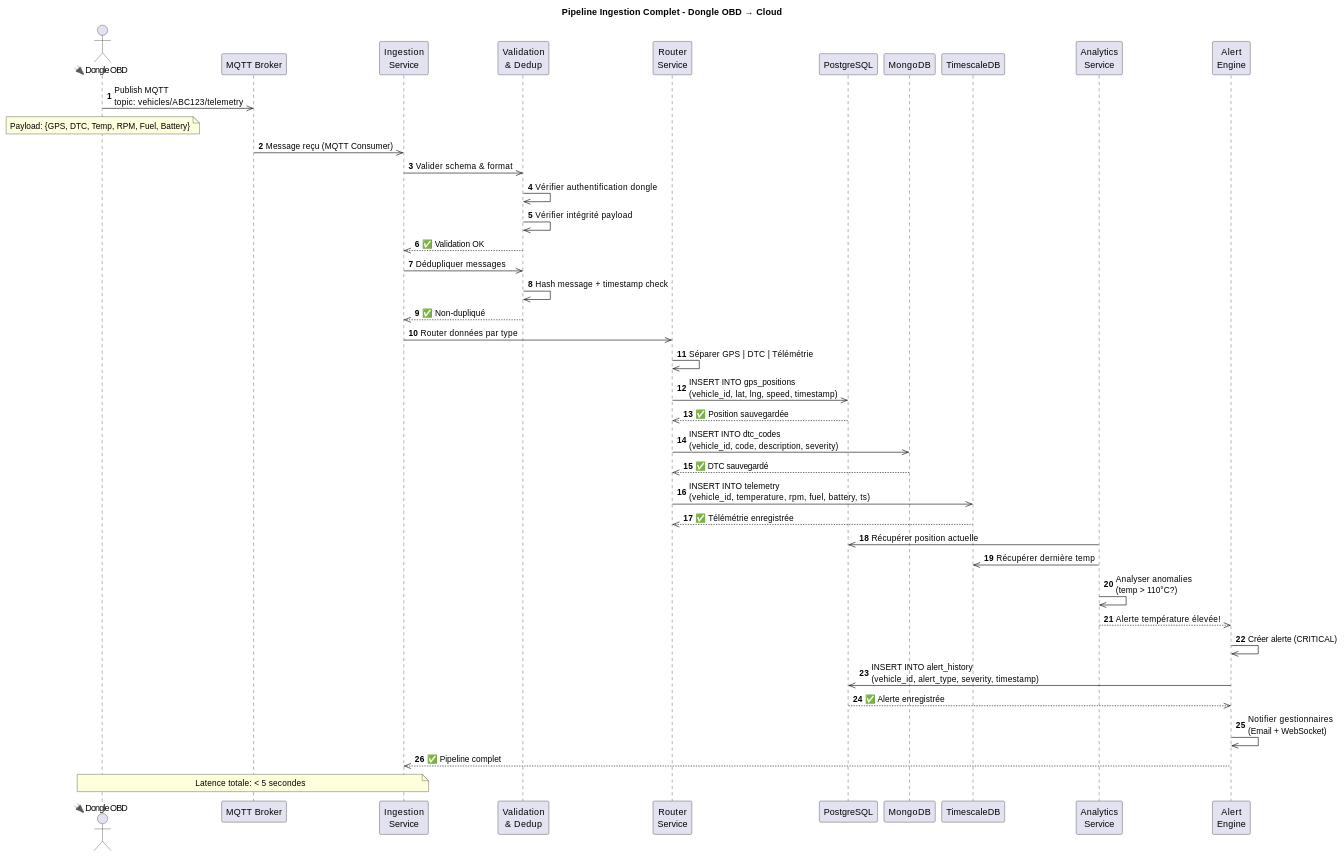
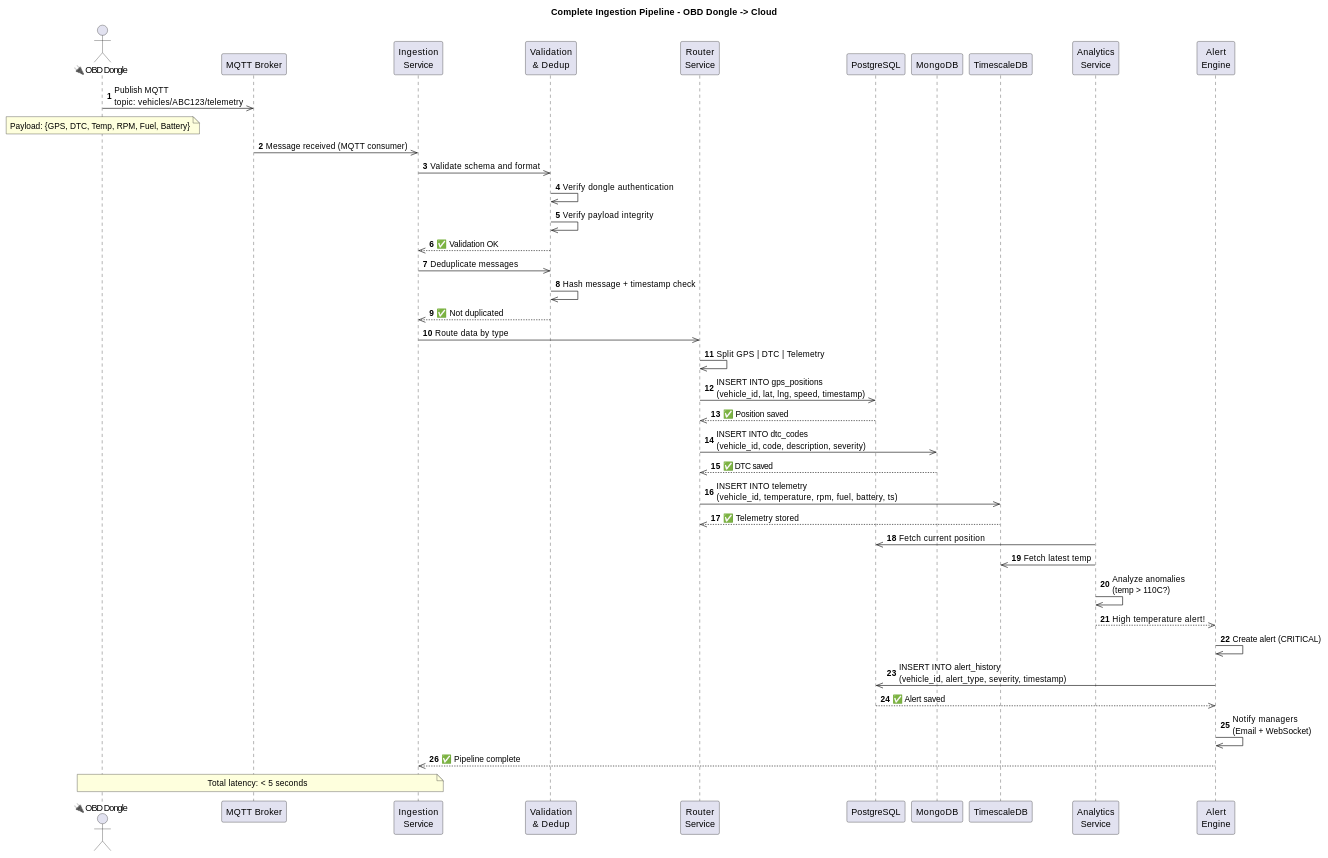
One commit to imenmallouli/deploy changed the fourth of 7 diagrams in docs/design_auto_diagnostic_platform.md. Above: the diagram before and after it, drawn with PlantUML. The commit also changed other lines of this file and 2 other files, not shown here.

````diff
--- a/docs/design_auto_diagnostic_platform.md
+++ b/docs/design_auto_diagnostic_platform.md
@@ -1692,58 +1692,58 @@
 ```plantuml
 @startuml Sequence_Dongle_Ingestion_Pipeline
-title Pipeline Ingestion Complet - Dongle OBD → Cloud
+title Complete Ingestion Pipeline - OBD Dongle -> Cloud
 
-actor Dongle as "🔌 Dongle OBD"
+actor Dongle as "🔌 OBD Dongle"
 participant "MQTT Broker" as MQTT
 participant "Ingestion\nService" as Ingestion
 participant "Validation\n& Dedup" as Validation
 participant "Router\nService" as Router
 participant "PostgreSQL" as DB_SQL
 participant "MongoDB" as DB_NoSQL
 participant "TimescaleDB" as DB_TS
 participant "Analytics\nService" as Analytics
 participant "Alert\nEngine" as Alerts
 
 autonumber
 
 Dongle ->> MQTT: Publish MQTT\ntopic: vehicles/ABC123/telemetry
 note over Dongle: Payload: {GPS, DTC, Temp, RPM, Fuel, Battery}
 
-MQTT ->> Ingestion: Message reçu (MQTT Consumer)
-Ingestion ->> Validation: Valider schema & format
-Validation ->> Validation: Vérifier authentification dongle
-Validation ->> Validation: Vérifier intégrité payload
+MQTT ->> Ingestion: Message received (MQTT consumer)
+Ingestion ->> Validation: Validate schema and format
+Validation ->> Validation: Verify dongle authentication
+Validation ->> Validation: Verify payload integrity
 Validation -->> Ingestion: ✅ Validation OK
 
-Ingestion ->> Validation: Dédupliquer messages
+Ingestion ->> Validation: Deduplicate messages
 Validation ->> Validation: Hash message + timestamp check
-Validation -->> Ingestion: ✅ Non-dupliqué
+Validation -->> Ingestion: ✅ Not duplicated
 
-Ingestion ->> Router: Router données par type
-Router ->> Router: Séparer GPS | DTC | Télémétrie
+Ingestion ->> Router: Route data by type
+Router ->> Router: Split GPS | DTC | Telemetry
 
 Router ->> DB_SQL: INSERT INTO gps_positions\n(vehicle_id, lat, lng, speed, timestamp)
-DB_SQL -->> Router: ✅ Position sauvegardée
+DB_SQL -->> Router: ✅ Position saved
 
 Router ->> DB_NoSQL: INSERT INTO dtc_codes\n(vehicle_id, code, description, severity)
-DB_NoSQL -->> Router: ✅ DTC sauvegardé
+DB_NoSQL -->> Router: ✅ DTC saved
 
 Router ->> DB_TS: INSERT INTO telemetry\n(vehicle_id, temperature, rpm, fuel, battery, ts)
-DB_TS -->> Router: ✅ Télémétrie enregistrée
+DB_TS -->> Router: ✅ Telemetry stored
 
-Analytics ->> DB_SQL: Récupérer position actuelle
-Analytics ->> DB_TS: Récupérer dernière temp
-Analytics ->> Analytics: Analyser anomalies\n(temp > 110°C?)
-Analytics -->> Alerts: Alerte température élevée!
+Analytics ->> DB_SQL: Fetch current position
+Analytics ->> DB_TS: Fetch latest temp
+Analytics ->> Analytics: Analyze anomalies\n(temp > 110C?)
+Analytics -->> Alerts: High temperature alert!
 
-Alerts ->> Alerts: Créer alerte (CRITICAL)
+Alerts ->> Alerts: Create alert (CRITICAL)
 Alerts ->> DB_SQL: INSERT INTO alert_history\n(vehicle_id, alert_type, severity, timestamp)
-DB_SQL -->> Alerts: ✅ Alerte enregistrée
+DB_SQL -->> Alerts: ✅ Alert saved
 
-Alerts ->> Alerts: Notifier gestionnaires\n(Email + WebSocket)
-Alerts -->> Ingestion: ✅ Pipeline complet
+Alerts ->> Alerts: Notify managers\n(Email + WebSocket)
+Alerts -->> Ingestion: ✅ Pipeline complete
 
-note over Dongle, Ingestion: Latence totale: < 5 secondes
+note over Dongle, Ingestion: Total latency: < 5 seconds
 
 @enduml
 ```
````
